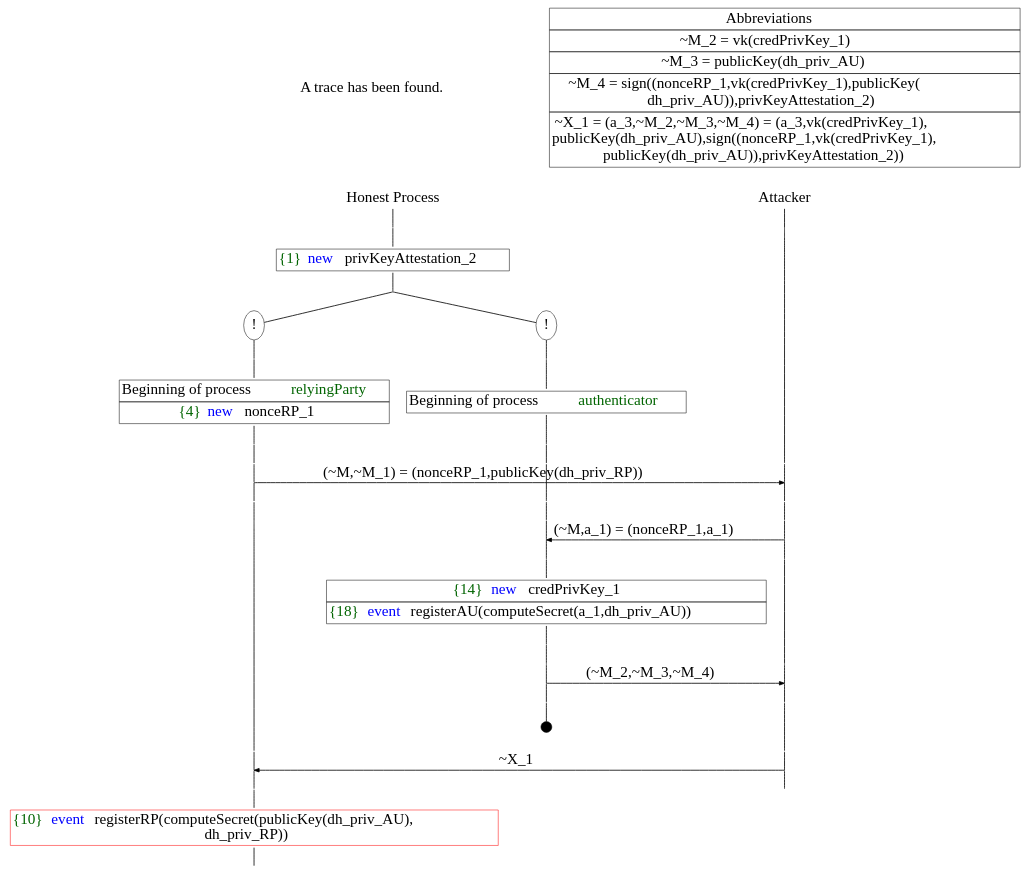
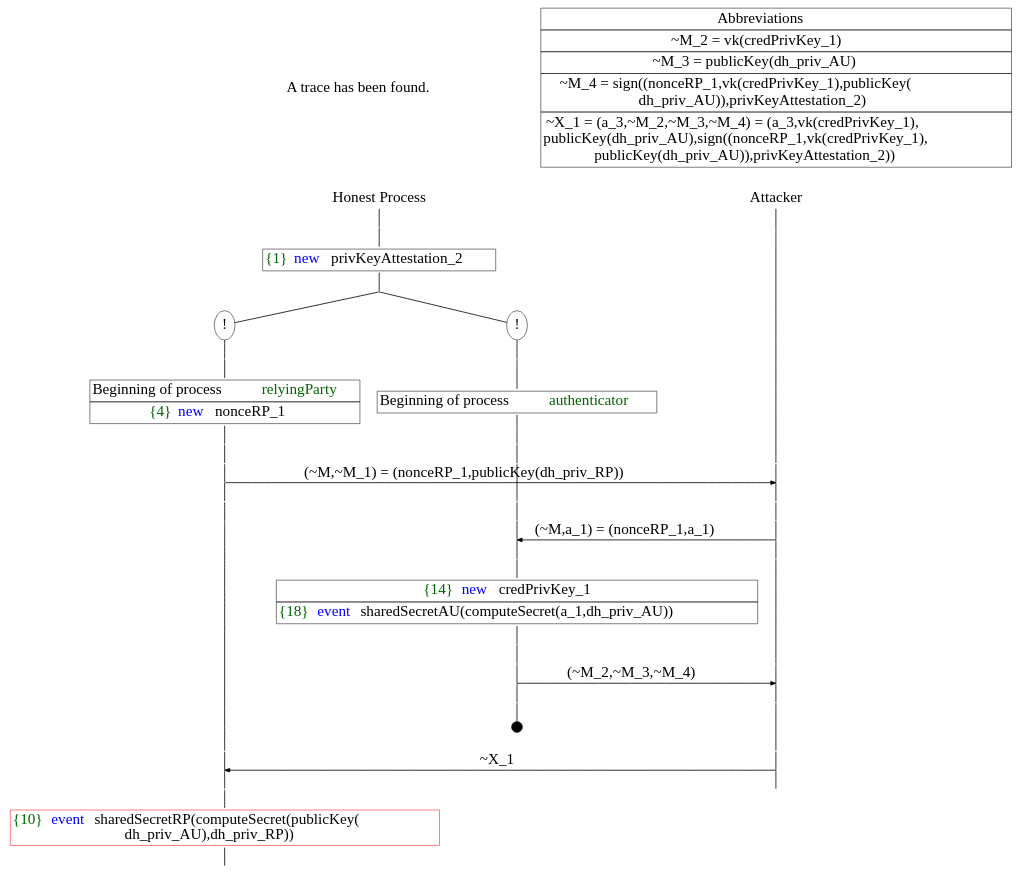
One commit to Digital-Security-Lab/protecting-fido-extensions-proverif changed the diagram in results/registration_v1_trace1.dot. Above: the diagram before and after it, drawn with Graphviz. The commit also changed 5 other files, not shown here.

```diff
--- a/results/registration_v1_trace1.dot
+++ b/results/registration_v1_trace1.dot
@@ -1,90 +1,90 @@
 digraph {
 graph [ordering = out]
 edge [arrowhead = none, penwidth = 1.6, fontsize = 30]
 node [shape = point, width = 0, height = 0, fontsize = 30]
 Trace [label = <A trace has been found.<br/>
 >, shape = plaintext]
 P0__0 [label = "Honest Process", shape = plaintext]
 P__0 [label = "Attacker", shape = plaintext]
 Trace -> P0__0 [label = "", style = invisible, weight = 100]{rank = same; P0__0 P__0}
 P0__0 -> P0__1 [label = <>, weight = 100]
 P0__1 -> P0__2 [label = <>, weight = 100]
 P0__2 [shape = plaintext, label = <<TABLE BORDER="0" CELLBORDER="1" CELLSPACING="0" CELLPADDING="4"> <TR><TD><FONT COLOR="darkgreen">{1}</FONT><FONT COLOR="blue">new </FONT>privKeyAttestation_2</TD></TR></TABLE>>]
 P0__2 -> P0__3 [label = <>, weight = 100]
 /*RPar */
 P0__3 -> P0_1__3 [label = <>]
 P0__3 -> P0_0__3 [label = <>]
 P0__3 [label = "", fixedsize = false, width = 0, height = 0, shape = none]
 {rank = same; P0_0__3 P0_1__3}
 P0_0__3 [label = "!", shape = ellipse]
 P0_0_0__3 [label = "", fixedsize = false, width = 0, height = 0, shape = none]
 P0_0__3 -> P0_0_0__3 [label = <>, weight = 100]
 P0_0_0__3 -> P0_0_0__4 [label = <>, weight = 100]
 P0_0_0__4 [shape = plaintext, label = <<TABLE BORDER="0" CELLBORDER="1" CELLSPACING="0" CELLPADDING="4"> <TR><TD>Beginning of process <FONT COLOR="darkgreen">authenticator</FONT></TD></TR></TABLE>>]
 P0_0_0__4 -> P0_0_0__5 [label = <>, weight = 100]
 P0_1__3 [label = "!", shape = ellipse]
 P0_1_0__3 [label = "", fixedsize = false, width = 0, height = 0, shape = none]
 P0_1__3 -> P0_1_0__3 [label = <>, weight = 100]
 P0_1_0__3 -> P0_1_0__4 [label = <>, weight = 100]
 P0_1_0__4 [shape = plaintext, label = <<TABLE BORDER="0" CELLBORDER="1" CELLSPACING="0" CELLPADDING="4"> <TR><TD>Beginning of process <FONT COLOR="darkgreen">relyingParty</FONT></TD></TR><TR><TD><FONT COLOR="darkgreen">{4}</FONT><FONT COLOR="blue">new </FONT>nonceRP_1</TD></TR></TABLE>>]
 P0_1_0__4 -> P0_1_0__5 [label = <>, weight = 100]
 P0_1_0__5 -> P0_1_0__6 [label = <>, weight = 100]
 P0_0_0__5 -> P0_0_0__6 [label = <>, weight = 100]
 P__0 -> P__1 [label = <>, weight = 100]
 {rank = same; P__1 P0_0_0__6 P0_1_0__6}
 P0_1_0__6 -> P0_1_0__7 [label = <>, weight = 100]
 P__1 -> P__2 [label = <>, weight = 100]
 {rank = same; P__2 P0_1_0__7}
 P0_1_0__7 -> P__2 [label = <(~M,~M_1) = (nonceRP_1,publicKey(dh_priv_RP))>, arrowhead = normal]
 P0_1_0__7 -> P0_1_0__8 [label = <>, weight = 100]
 P0_0_0__6 -> P0_0_0__7 [label = <>, weight = 100]
 P__2 -> P__3 [label = <>, weight = 100]
 {rank = same; P__3 P0_0_0__7 P0_1_0__8}
 P0_0_0__7 -> P0_0_0__8 [label = <>, weight = 100]
 P__3 -> P__4 [label = <>, weight = 100]
 {rank = same; P__4 P0_0_0__8}
 P0_0_0__8 -> P0_0_0__9 [label = <>, weight = 100]
 P__4 -> P__5 [label = <>, weight = 100]
 {rank = same; P__5 P0_0_0__9}
 P0_0_0__9 -> P__5 [label = <(~M,a_1) = (nonceRP_1,a_1)>, dir = back, arrowhead = normal]
 P0_0_0__9 -> P0_0_0__10 [label = <>, weight = 100]
 P__5 -> P__6 [label = <>, weight = 100]
 {rank = same; P__6 P0_0_0__10}
 P0_0_0__10 -> P0_0_0__11 [label = <>, weight = 100]
-P0_0_0__11 [shape = plaintext, label = <<TABLE BORDER="0" CELLBORDER="1" CELLSPACING="0" CELLPADDING="4"> <TR><TD><FONT COLOR="darkgreen">{14}</FONT><FONT COLOR="blue">new </FONT>credPrivKey_1</TD></TR><TR><TD><FONT COLOR="darkgreen">{18}</FONT><FONT COLOR="blue">event</FONT> registerAU(computeSecret(a_1,dh_priv_AU))<br/>
+P0_0_0__11 [shape = plaintext, label = <<TABLE BORDER="0" CELLBORDER="1" CELLSPACING="0" CELLPADDING="4"> <TR><TD><FONT COLOR="darkgreen">{14}</FONT><FONT COLOR="blue">new </FONT>credPrivKey_1</TD></TR><TR><TD><FONT COLOR="darkgreen">{18}</FONT><FONT COLOR="blue">event</FONT> sharedSecretAU(computeSecret(a_1,dh_priv_AU))<br/>
 </TD></TR></TABLE>>]
 P0_0_0__11 -> P0_0_0__12 [label = <>, weight = 100]
 P0_0_0__12 -> P0_0_0__13 [label = <>, weight = 100]
 P__6 -> P__7 [label = <>, weight = 100]
 {rank = same; P__7 P0_0_0__13}
 P0_0_0__13 -> P0_0_0__14 [label = <>, weight = 100]
 P__7 -> P__8 [label = <>, weight = 100]
 {rank = same; P__8 P0_0_0__14}
 P0_0_0__14 -> P__8 [label = <(~M_2,~M_3,~M_4)>, arrowhead = normal]
 P0_0_0__14 -> P0_0_0__15 [label = <>, weight = 100]
 P__8 -> P__9 [label = <>, weight = 100]
 {rank = same; P__9 P0_0_0__15}
 P0_0_0__16 [label = "", width = 0.3, height = 0.3]
 P0_0_0__15 -> P0_0_0__16 [label = <>, weight = 100]
 P0_1_0__8 -> P0_1_0__9 [label = <>, weight = 100]
 P0_0_0__17 [label = "", style = invisible]
 P0_0_0__16 -> P0_0_0__17 [label = <>, weight = 100, style = invisible]
 P__9 -> P__10 [label = <>, weight = 100]
 {rank = same; P__10 P0_0_0__17 P0_1_0__9}
 P0_1_0__9 -> P0_1_0__10 [label = <>, weight = 100]
 P__10 -> P__11 [label = <>, weight = 100]
 {rank = same; P__11 P0_1_0__10}
 P0_1_0__10 -> P__11 [label = <~X_1>, dir = back, arrowhead = normal]
 P0_1_0__10 -> P0_1_0__11 [label = <>, weight = 100]
 P0_0_0__18 [label = "", style = invisible]
 P0_0_0__17 -> P0_0_0__18 [label = <>, weight = 100, style = invisible]
 P__11 -> P__12 [label = <>, weight = 100]
 {rank = same; P__12 P0_0_0__18 P0_1_0__11}
 P0_1_0__11 -> P0_1_0__12 [label = <>, weight = 100]
-P0_1_0__12 [color = red, shape = plaintext, label = <<TABLE BORDER="0" CELLBORDER="1" CELLSPACING="0" CELLPADDING="4"> <TR><TD><FONT COLOR="darkgreen">{10}</FONT><FONT COLOR="blue">event</FONT> registerRP(computeSecret(publicKey(dh_priv_AU),<br/>
-dh_priv_RP))</TD></TR></TABLE>>]
+P0_1_0__12 [color = red, shape = plaintext, label = <<TABLE BORDER="0" CELLBORDER="1" CELLSPACING="0" CELLPADDING="4"> <TR><TD><FONT COLOR="darkgreen">{10}</FONT><FONT COLOR="blue">event</FONT> sharedSecretRP(computeSecret(publicKey(<br/>
+dh_priv_AU),dh_priv_RP))</TD></TR></TABLE>>]
 P0_1_0__12 -> P0_1_0__13 [label = <>, weight = 100]
 Abbrev [shape = plaintext, label = <<TABLE BORDER="0" CELLBORDER="1" CELLSPACING="0" CELLPADDING="4"><TR> <TD> Abbreviations </TD></TR><TR><TD>~M_2 = vk(credPrivKey_1)</TD></TR><TR><TD>~M_3 = publicKey(dh_priv_AU)</TD></TR><TR><TD>~M_4 = sign((nonceRP_1,vk(credPrivKey_1),publicKey(<br/>
 dh_priv_AU)),privKeyAttestation_2)</TD></TR><TR><TD>~X_1 = (a_3,~M_2,~M_3,~M_4) = (a_3,vk(credPrivKey_1),<br/>
 publicKey(dh_priv_AU),sign((nonceRP_1,vk(credPrivKey_1),<br/>
 publicKey(dh_priv_AU)),privKeyAttestation_2))</TD></TR></TABLE>>]Abbrev -> P__0 [style = invisible, weight =100]}
```
